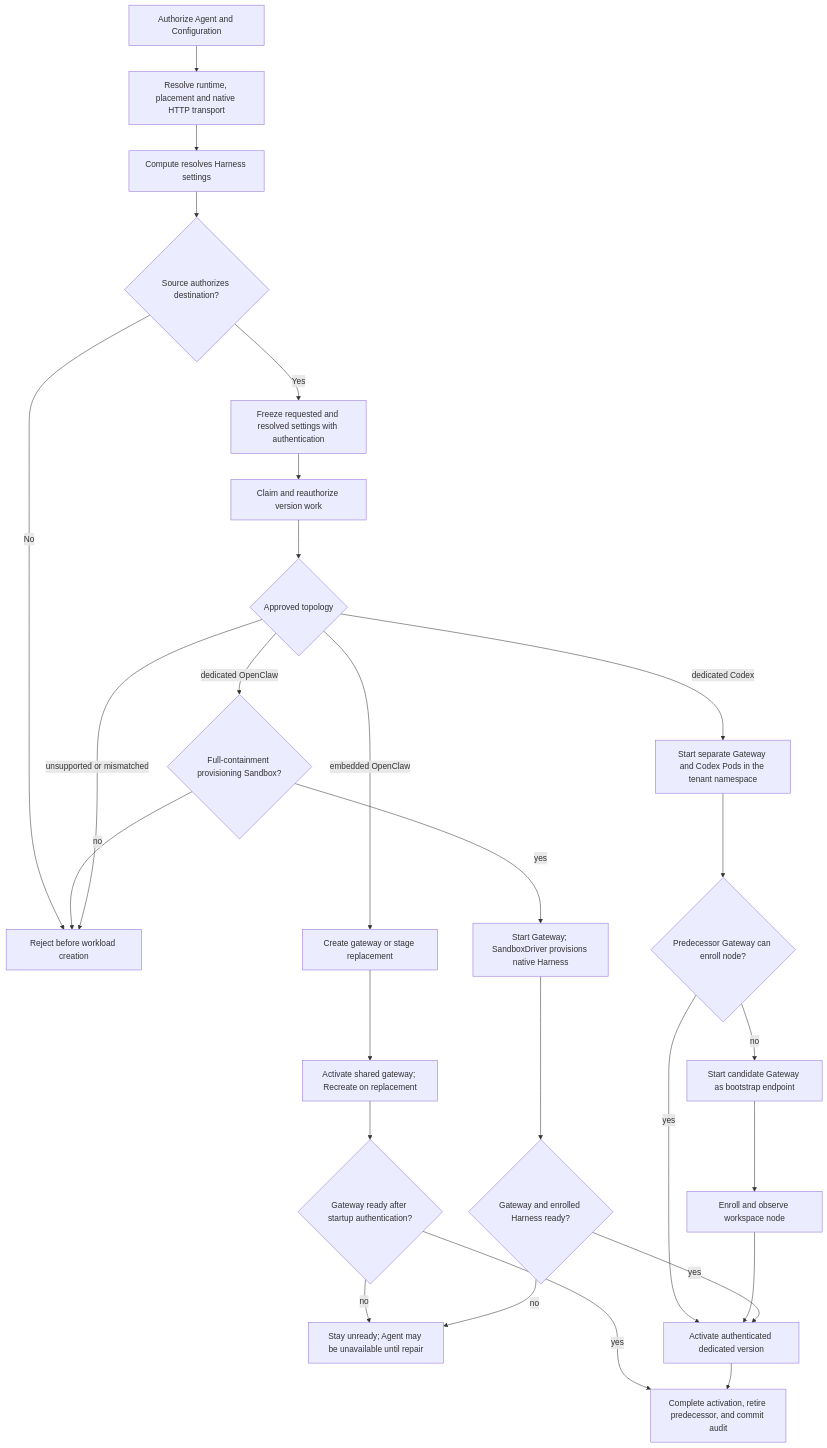
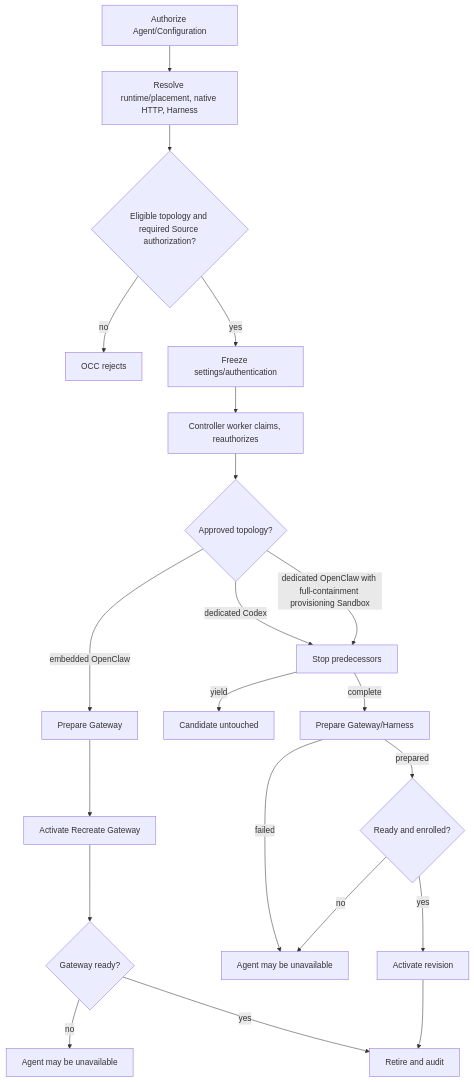
One commit to openclaw/openclaw-enterprise changed the diagram in docs/flows/harness-execution-topology.md. Above: the diagram before and after it, drawn with Mermaid. The commit also changed other lines of this file, not shown here.

Commit message:
docs: correct dedicated Kubernetes Harness replacement and stop order

````diff
--- a/docs/flows/harness-execution-topology.md
+++ b/docs/flows/harness-execution-topology.md
@@ -25,29 +29,23 @@
 ```mermaid
 graph TD
-  A["Authorize Agent and Configuration"] --> B["Resolve runtime, placement and native HTTP transport"]
-  B --> B1["Compute resolves Harness settings"]
-  B1 --> B2{"Source authorizes destination?"}
-  B2 -->|No| H
-  B2 -->|Yes| C["Freeze requested and resolved settings with authentication"]
-  C --> D["Claim and reauthorize version work"]
-  D --> E{"Approved topology"}
-  E -->|embedded OpenClaw| F["Create gateway or stage replacement"]
-  E -->|dedicated Codex| G["Start separate Gateway and Codex Pods in the tenant namespace"]
-  E -->|dedicated OpenClaw| Q{"Full-containment provisioning Sandbox?"}
-  Q -->|no| H
-  Q -->|yes| R["Start Gateway; SandboxDriver provisions native Harness"]
-  E -->|unsupported or mismatched| H["Reject before workload creation"]
-  F --> I["Activate shared gateway; Recreate on replacement"]
-  I --> K{"Gateway ready after startup authentication?"}
-  K -->|no| L["Stay unready; Agent may be unavailable until repair"]
-  K -->|yes| J["Complete activation, retire predecessor, and commit audit"]
-  G --> N{"Predecessor Gateway can enroll node?"}
-  N -->|yes| M["Activate authenticated dedicated version"]
-  N -->|no| O["Start candidate Gateway as bootstrap endpoint"]
-  O --> P["Enroll and observe workspace node"]
-  P --> M
-  R --> S{"Gateway and enrolled Harness ready?"}
-  S -->|no| L
-  S -->|yes| M
-  M --> J
+  A["Authorize Agent/Configuration"]-->B["Resolve runtime/placement, native HTTP, Harness"]
+  B-->C{"Eligible topology and required Source authorization?"}
+  C-->|no|X["OCC rejects"]
+  C-->|yes|D["Freeze settings/authentication"]
+  D-->E["Controller worker claims, reauthorizes"]
+  E-->F{"Approved topology?"}
+  F-->|embedded OpenClaw|G["Prepare Gateway"]
+  G-->H["Activate Recreate Gateway"]
+  H-->I{"Gateway ready?"}
+  I-->|no|U["Agent may be unavailable"]
+  I-->|yes|Z["Retire and audit"]
+  F-->|dedicated Codex|J["Stop predecessors"]
+  F-->|dedicated OpenClaw with full-containment provisioning Sandbox|J
+  J-->|yield|Y["Candidate untouched"]
+  J-->|complete|L["Prepare Gateway/Harness"]
+  L-->|failed|V
+  L-->|prepared|M{"Ready and enrolled?"}
+  M-->|no|V["Agent may be unavailable"]
+  M-->|yes|N["Activate revision"]
+  N-->Z
 ```
````
